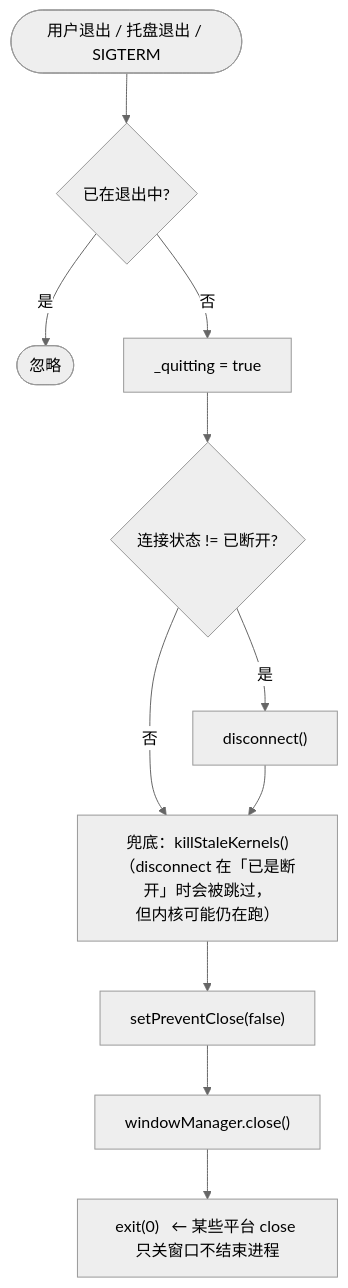
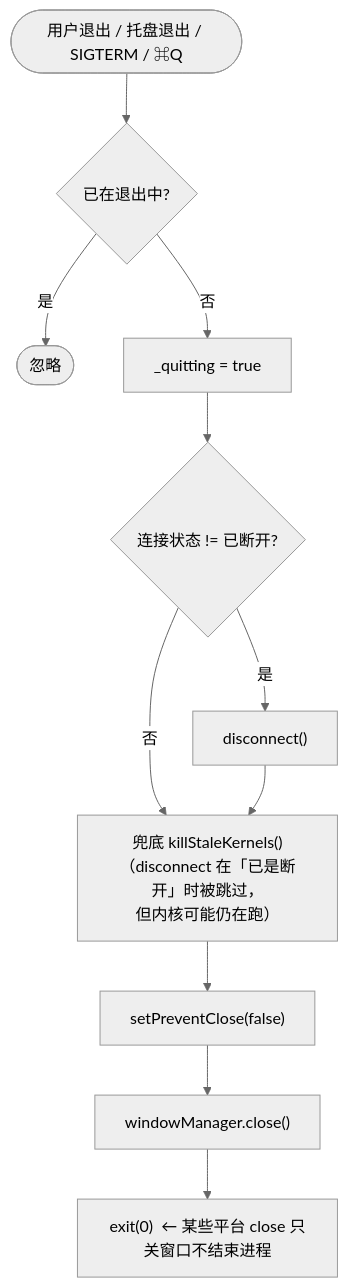
Before and after one commit to moneyfly004/Mclash: the diagram in docs/design/07-页面设计-桌面端.md, drawn with Mermaid (neutral theme). The commit also changed other lines of this file and 11 other files, not shown here.

````diff
--- a/docs/design/07-页面设计-桌面端.md
+++ b/docs/design/07-页面设计-桌面端.md
@@ -311,13 +286,13 @@
 ```mermaid
 flowchart TD
-    A([用户退出 / 托盘退出 / SIGTERM]) --> B{"已在退出中?"}
+    A([用户退出 / 托盘退出 / SIGTERM / ⌘Q]) --> B{"已在退出中?"}
     B -->|是| Z([忽略])
     B -->|否| C["_quitting = true"]
     C --> D{"连接状态 != 已断开?"}
     D -->|是| E["disconnect()"]
     D -->|否| F
-    E --> F["兜底：killStaleKernels()<br/>（disconnect 在「已是断开」时会被跳过，<br/>但内核可能仍在跑）"]
+    E --> F["兜底 killStaleKernels()<br/>（disconnect 在「已是断开」时被跳过，<br/>但内核可能仍在跑）"]
     F --> G["setPreventClose(false)"]
     G --> H["windowManager.close()"]
-    H --> I["exit(0)   ← 某些平台 close 只关窗口不结束进程"]
+    H --> I["exit(0)  ← 某些平台 close 只关窗口不结束进程"]
 ```
````
